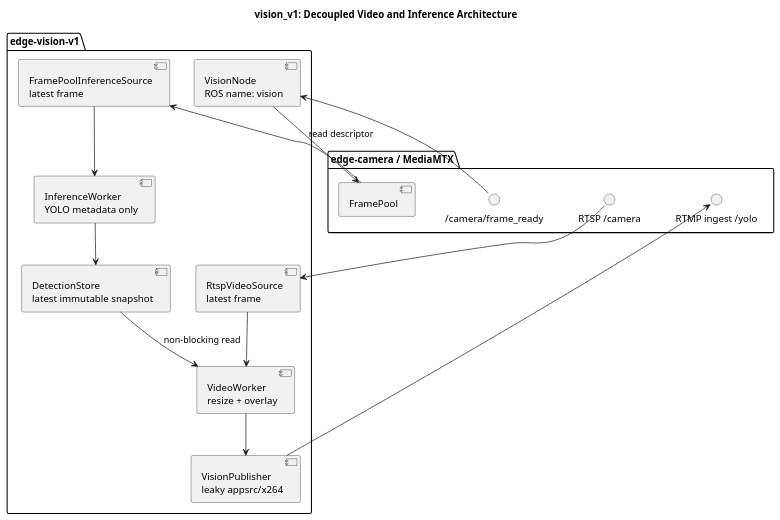
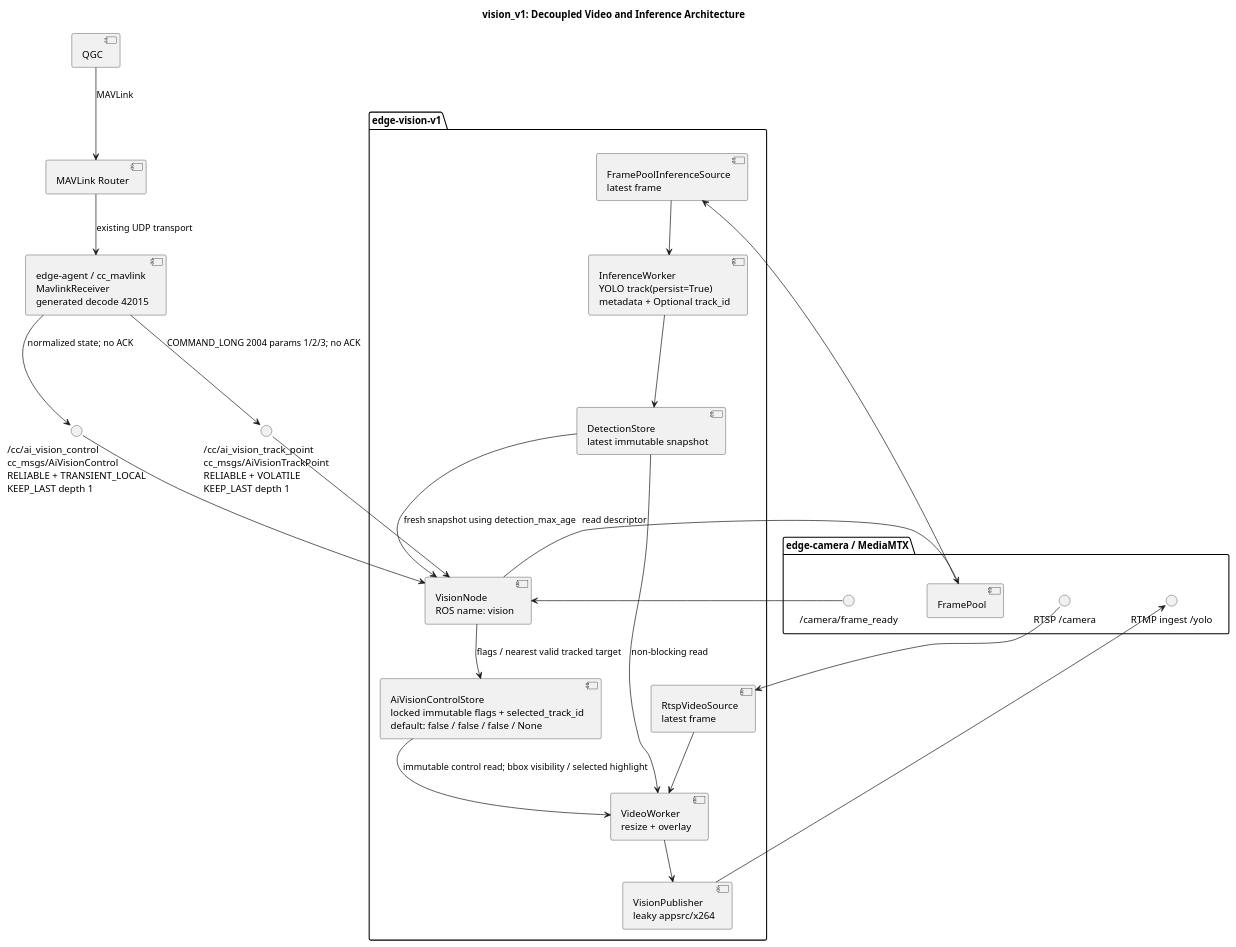
The diagram in src/modules/vision_v1/docs/system.puml (ThongTruong24/THACO_DRONE_CompanionComputer), drawn with PlantUML before and after one commit. The commit also changed 29 other files, not shown here.

First line of the commit message:
Implement AI Vision Control and Target Selection Features

```diff
--- a/src/modules/vision_v1/docs/system.puml
+++ b/src/modules/vision_v1/docs/system.puml
@@ -1,32 +1,49 @@
 @startuml vision-v1-system
 title vision_v1: Decoupled Video and Inference Architecture
 
 package "edge-camera / MediaMTX" {
   interface "RTSP /camera" as CameraStream
   interface "RTMP ingest /yolo" as YoloIngest
   component "FramePool" as Pool
   interface "/camera/frame_ready" as FrameReady
 }
 
 package "edge-vision-v1" {
   component "RtspVideoSource\nlatest frame" as RTSP
   component "FramePoolInferenceSource\nlatest frame" as InferenceSource
-  component "InferenceWorker\nYOLO metadata only" as Inference
+  component "InferenceWorker\nYOLO track(persist=True)\nmetadata + Optional track_id" as Inference
   component "DetectionStore\nlatest immutable snapshot" as Store
   component "VideoWorker\nresize + overlay" as Video
   component "VisionPublisher\nleaky appsrc/x264" as Publisher
   component "VisionNode\nROS name: vision" as Node
+  component "AiVisionControlStore\nlocked immutable flags + selected_track_id\ndefault: false / false / false / None" as ControlStore
 }
+
+component "QGC" as QGC
+component "MAVLink Router" as Router
+component "edge-agent / cc_mavlink\nMavlinkReceiver\ngenerated decode 42015" as Receiver
+interface "/cc/ai_vision_control\ncc_msgs/AiVisionControl\nRELIABLE + TRANSIENT_LOCAL\nKEEP_LAST depth 1" as ControlTopic
+interface "/cc/ai_vision_track_point\ncc_msgs/AiVisionTrackPoint\nRELIABLE + VOLATILE\nKEEP_LAST depth 1" as PointTopic
+
+QGC --> Router : MAVLink
+Router --> Receiver : existing UDP transport
+Receiver --> ControlTopic : normalized state; no ACK
+ControlTopic --> Node
+Receiver --> PointTopic : COMMAND_LONG 2004 params 1/2/3; no ACK
+PointTopic --> Node
+Node --> ControlStore : flags / nearest valid tracked target
+Store --> Node : fresh snapshot using detection_max_age
+ControlStore --> Video : immutable control read; bbox visibility / selected highlight
 
 CameraStream --> RTSP
 RTSP --> Video
 FrameReady --> Node
 Node --> Pool : read descriptor
 Pool --> InferenceSource
 InferenceSource --> Inference
 Inference --> Store
 Store --> Video : non-blocking read
 Video --> Publisher
 Publisher --> YoloIngest
 
 @enduml
```
